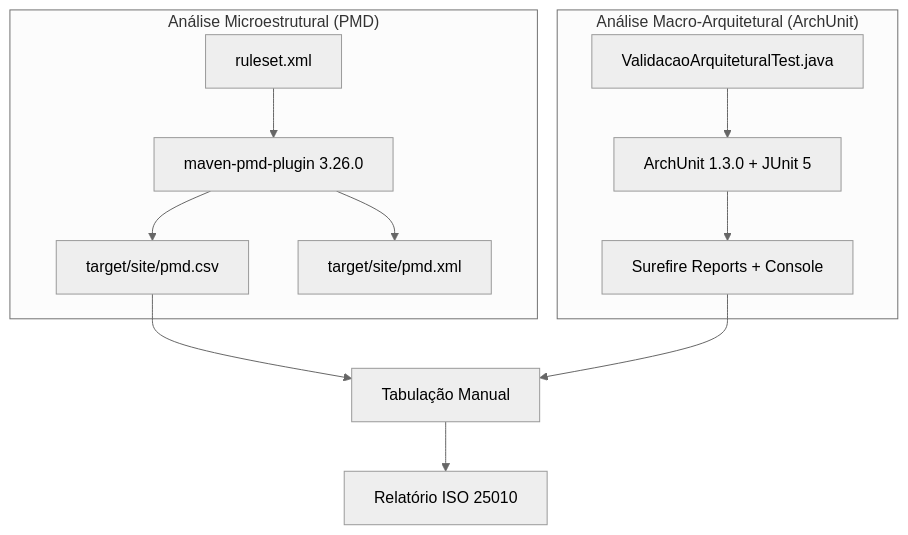
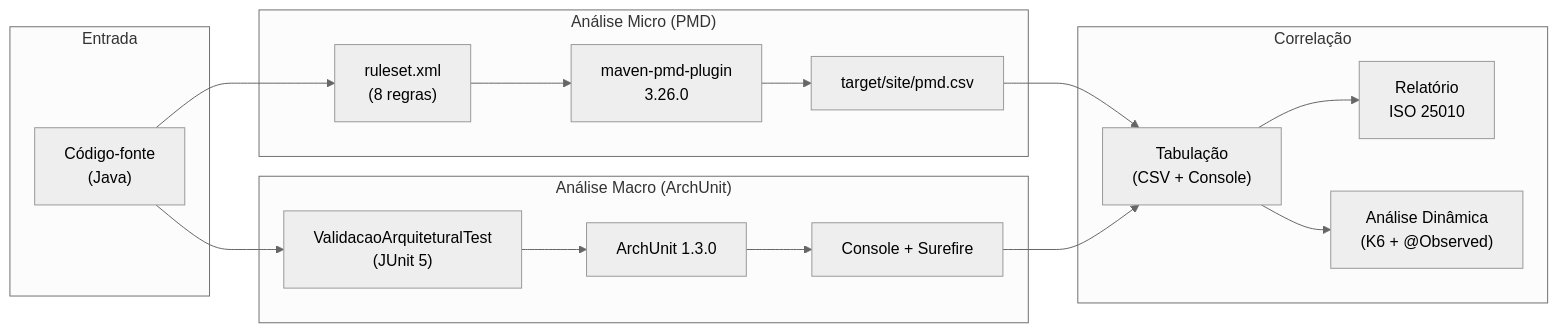
The diagram in docs/analise-estatica-iso25010.md (diogomasc/spring-petclinic-rest), drawn with Mermaid (neutral theme) before and after one commit. The commit also changed other lines of this file and 2 other files, not shown here.

````diff
--- a/docs/analise-estatica-iso25010.md
+++ b/docs/analise-estatica-iso25010.md
@@ -10,17 +20,29 @@
 ```mermaid
-graph TD
-    subgraph "Análise Microestrutural (PMD)"
-        R[ruleset.xml] --> P[maven-pmd-plugin 3.26.0]
-        P --> CSV[target/site/pmd.csv]
-        P --> XML[target/site/pmd.xml]
+flowchart LR
+    subgraph "Entrada"
+        SRC["Código-fonte\n(Java)"]
     end
 
-    subgraph "Análise Macro-Arquitetural (ArchUnit)"
-        T[ValidacaoArquiteturalTest.java] --> AR[ArchUnit 1.3.0 + JUnit 5]
-        AR --> LOGS[Surefire Reports + Console]
+    subgraph "Análise Micro (PMD)"
+        RS["ruleset.xml\n(8 regras)"]
+        PMD["maven-pmd-plugin\n3.26.0"]
+        CSV["target/site/pmd.csv"]
     end
 
-    CSV --> TAB[Tabulação Manual]
-    LOGS --> TAB
-    TAB --> ISO[Relatório ISO 25010]
+    subgraph "Análise Macro (ArchUnit)"
+        TEST["ValidacaoArquiteturalTest\n(JUnit 5)"]
+        ARCH["ArchUnit 1.3.0"]
+        LOG["Console + Surefire"]
+    end
+
+    subgraph "Correlação"
+        TAB["Tabulação\n(CSV + Console)"]
+        ISO["Relatório\nISO 25010"]
+        DYN["Análise Dinâmica\n(K6 + @Observed)"]
+    end
+
+    SRC --> RS --> PMD --> CSV --> TAB
+    SRC --> TEST --> ARCH --> LOG --> TAB
+    TAB --> ISO
+    TAB --> DYN
 ```
````
